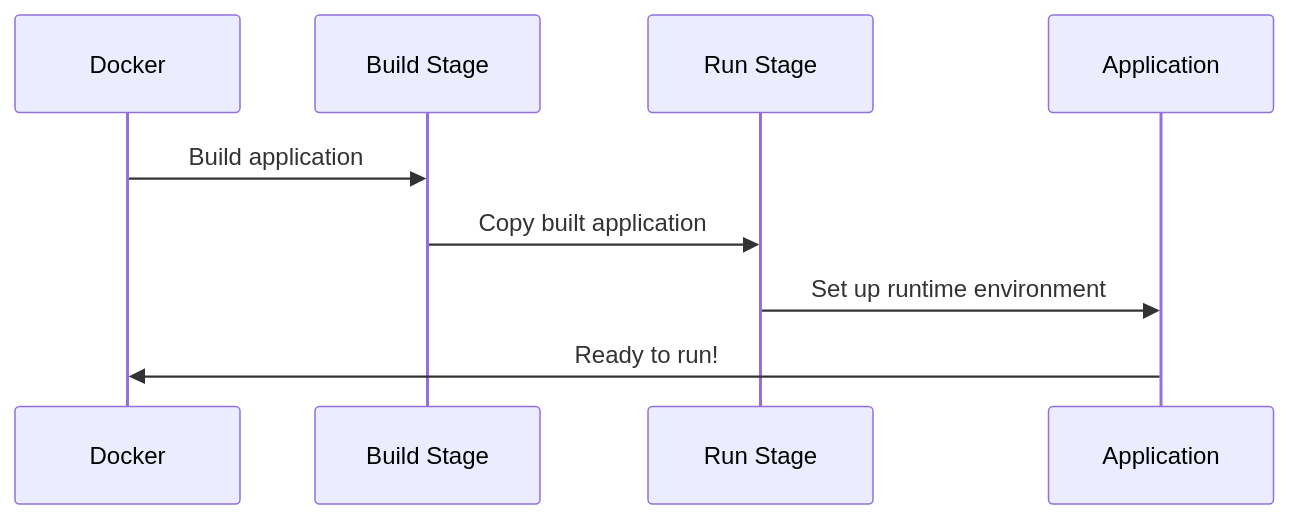
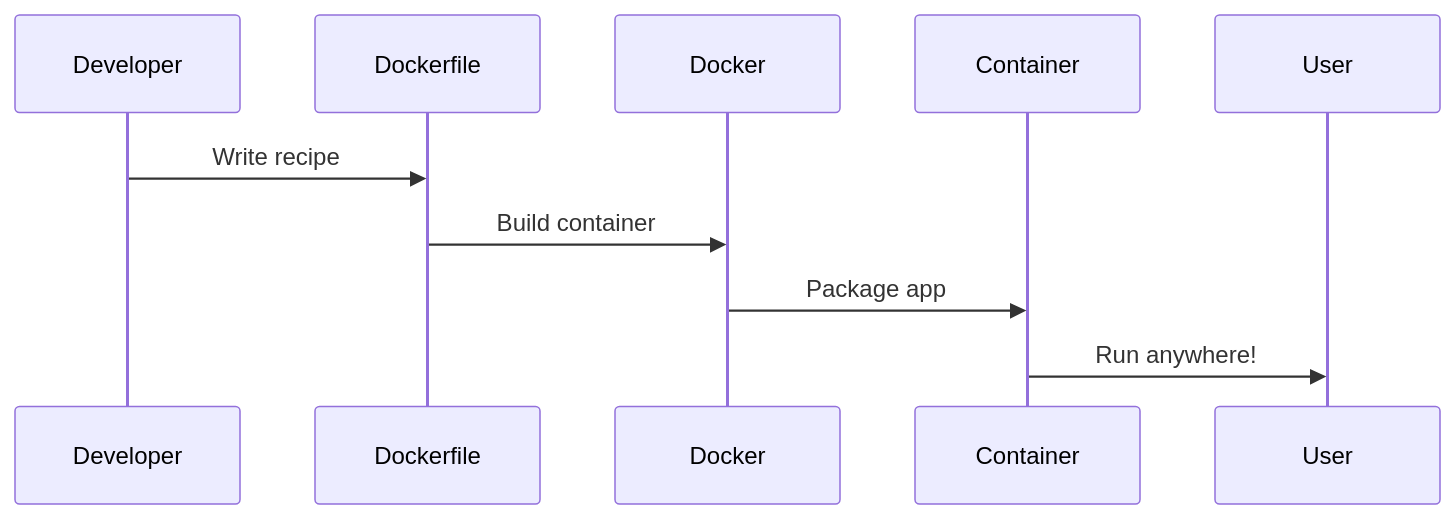
Before and after one commit to dygavieta/NewRepo: the seventh of 7 diagrams in README.md, drawn with Mermaid. The commit also changed other lines of this file, not shown here.

````diff
--- a/README.md
+++ b/README.md
@@ -604,12 +522,13 @@
 ```mermaid
 sequenceDiagram
+    participant Dev as Developer
+    participant DF as Dockerfile
     participant D as Docker
-    participant B as Build Stage
-    participant R as Run Stage
-    participant A as Application
+    participant C as Container
+    participant User
 
-    D->>B: Build application
-    B->>R: Copy built application
-    R->>A: Set up runtime environment
-    A->>D: Ready to run!
+    Dev->>DF: Write recipe
+    DF->>D: Build container
+    D->>C: Package app
+    C->>User: Run anywhere!
 ```
````
